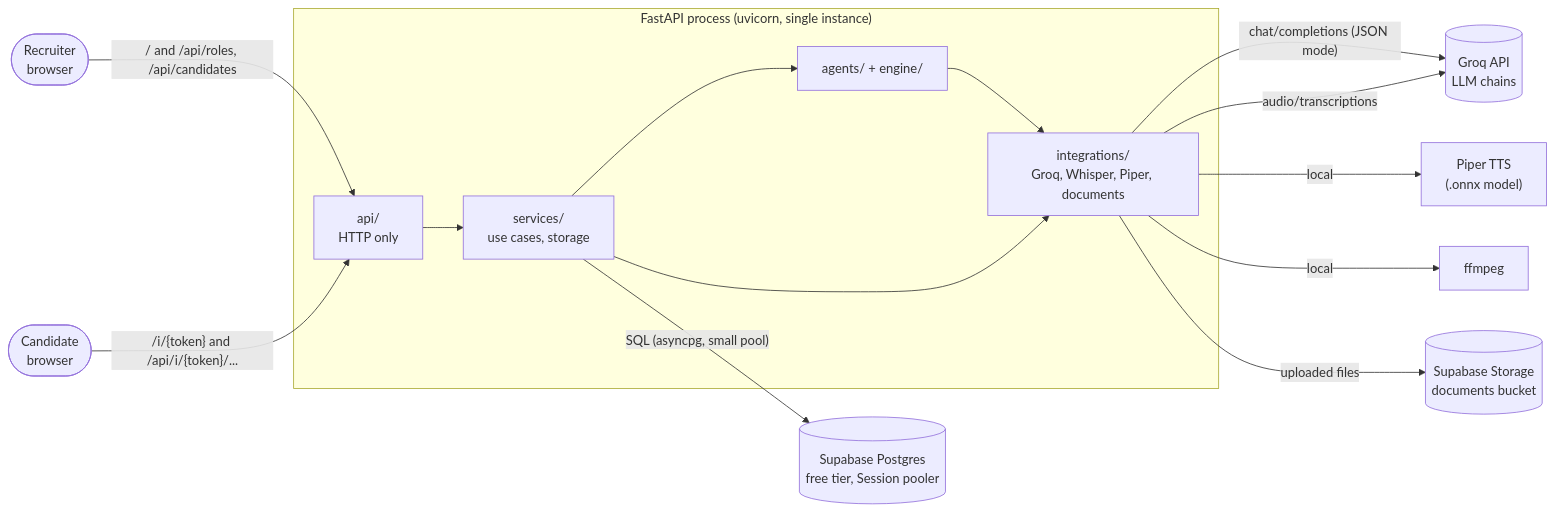
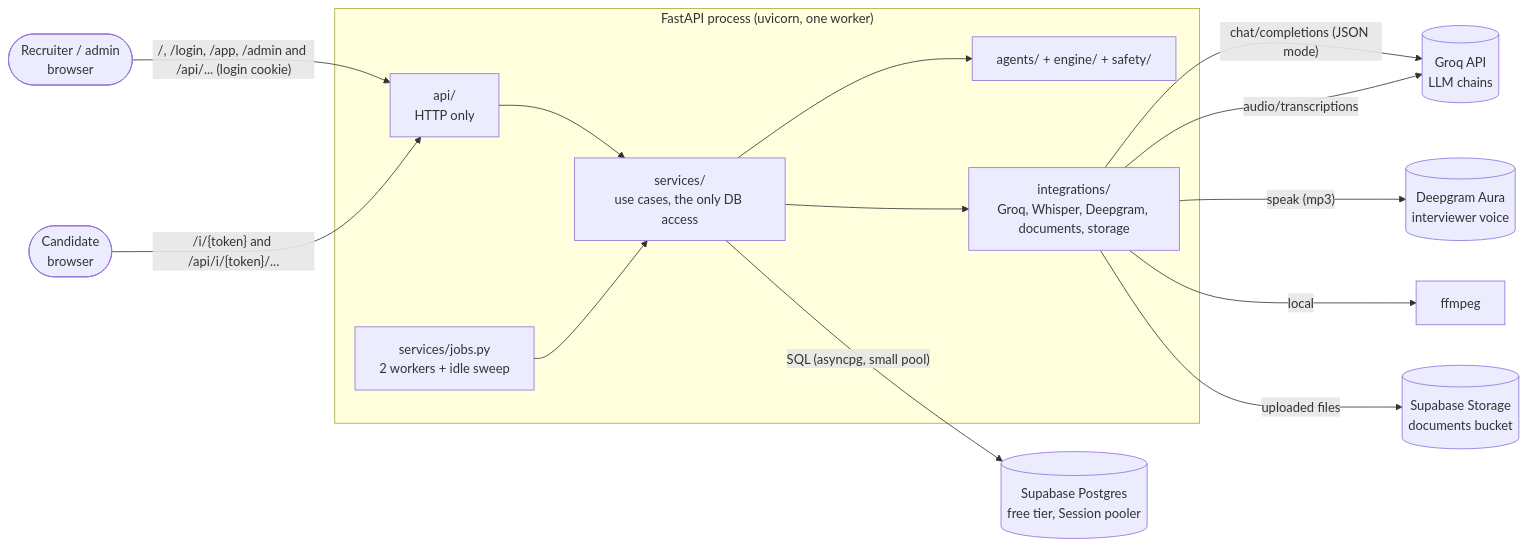
The first of 9 diagrams in docs/system-design.md (CodebyKumar/tryout), drawn with Mermaid before and after one commit. The commit also changed other lines of this file and 2 other files, not shown here.

````diff
--- a/docs/system-design.md
+++ b/docs/system-design.md
@@ -16,21 +16,23 @@
 ```mermaid
 flowchart LR
-    REC(["Recruiter<br/>browser"]) -- "/ and /api/roles, /api/candidates" --> API
+    REC(["Recruiter / admin<br/>browser"]) -- "/, /login, /app, /admin and /api/... (login cookie)" --> API
     CAN(["Candidate<br/>browser"]) -- "/i/{token} and /api/i/{token}/..." --> API
 
-    subgraph Server["FastAPI process (uvicorn, single instance)"]
+    subgraph Server["FastAPI process (uvicorn, one worker)"]
         API["api/<br/>HTTP only"]
-        SVC["services/<br/>use cases, storage"]
-        CORE["agents/ + engine/"]
-        INT["integrations/<br/>Groq, Whisper, Piper, documents"]
-        API --> SVC --> CORE --> INT
+        SVC["services/<br/>use cases, the only DB access"]
+        JOBS["services/jobs.py<br/>2 workers + idle sweep"]
+        CORE["agents/ + engine/ + safety/"]
+        INT["integrations/<br/>Groq, Whisper, Deepgram, documents, storage"]
+        API --> SVC --> CORE
         SVC --> INT
+        JOBS --> SVC
     end
 
     INT -- "chat/completions (JSON mode)" --> GROQ[("Groq API<br/>LLM chains")]
     INT -- "audio/transcriptions" --> GROQ
-    INT -- "local" --> PIPER["Piper TTS<br/>(.onnx model)"]
+    INT -- "speak (mp3)" --> DG[("Deepgram Aura<br/>interviewer voice")]
     INT -- "local" --> FFMPEG["ffmpeg"]
     SVC -- "SQL (asyncpg, small pool)" --> PG[("Supabase Postgres<br/>free tier, Session pooler")]
     INT -- "uploaded files" --> STORE[("Supabase Storage<br/>documents bucket")]
 ```
````
